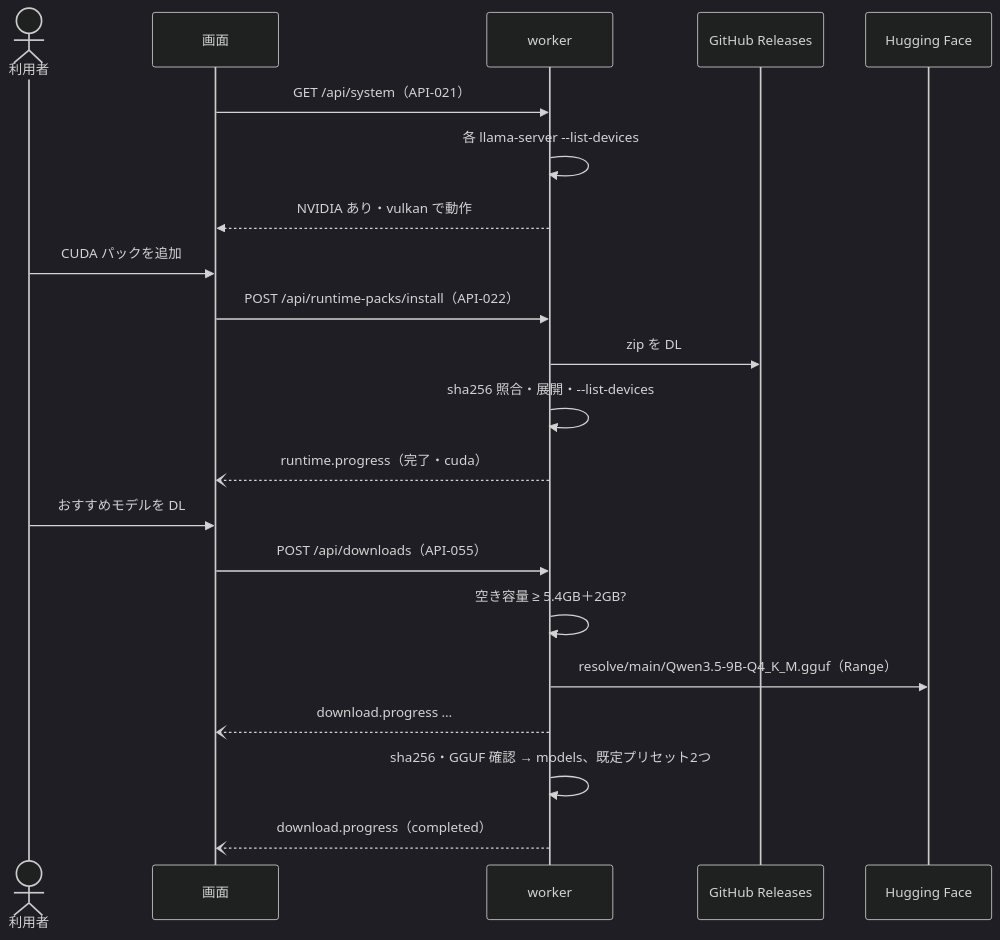
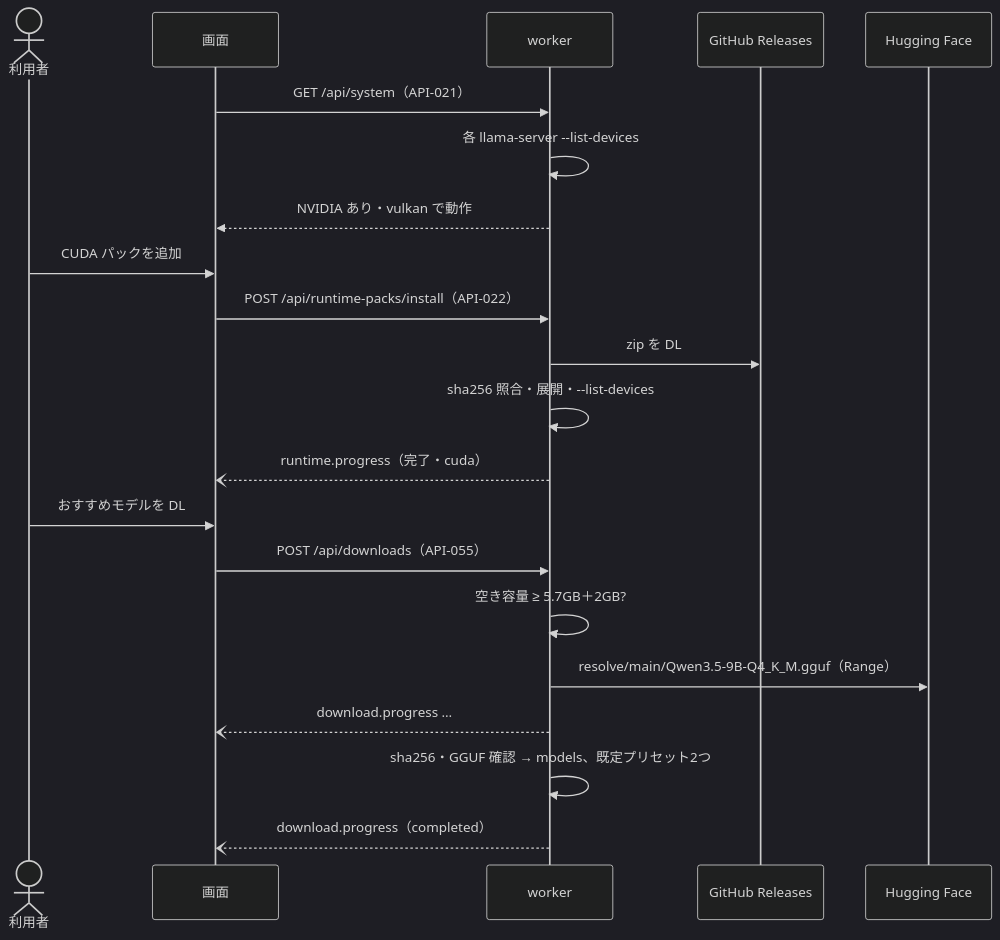
One commit to itiwoja/llm-party changed the third of 12 diagrams in docs/design/10_diagrams.md. Above: the diagram before and after it, drawn with Mermaid (dark theme). The commit also changed 11 other files, not shown here.

````diff
--- a/docs/design/10_diagrams.md
+++ b/docs/design/10_diagrams.md
@@ -54,23 +54,23 @@
 ```mermaid
 sequenceDiagram
   actor U as 利用者
   participant R as 画面
   participant W as worker
   participant GH as GitHub Releases
   participant HF as Hugging Face
   R->>W: GET /api/system（API-021）
   W->>W: 各 llama-server --list-devices
   W-->>R: NVIDIA あり・vulkan で動作
   U->>R: CUDA パックを追加
   R->>W: POST /api/runtime-packs/install（API-022）
   W->>GH: zip を DL
   W->>W: sha256 照合・展開・--list-devices
   W--)R: runtime.progress（完了・cuda）
   U->>R: おすすめモデルを DL
   R->>W: POST /api/downloads（API-055）
-  W->>W: 空き容量 ≥ 5.4GB＋2GB?
+  W->>W: 空き容量 ≥ 5.7GB＋2GB?
   W->>HF: resolve/main/Qwen3.5-9B-Q4_K_M.gguf（Range）
   W--)R: download.progress …
   W->>W: sha256・GGUF 確認 → models、既定プリセット2つ
   W--)R: download.progress（completed）
 ```
````
